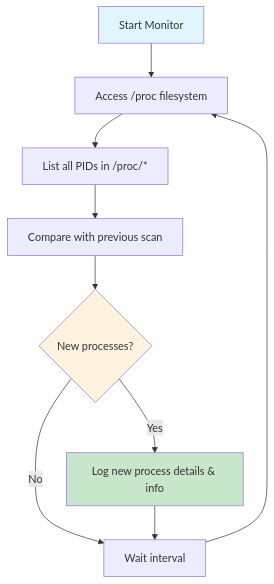
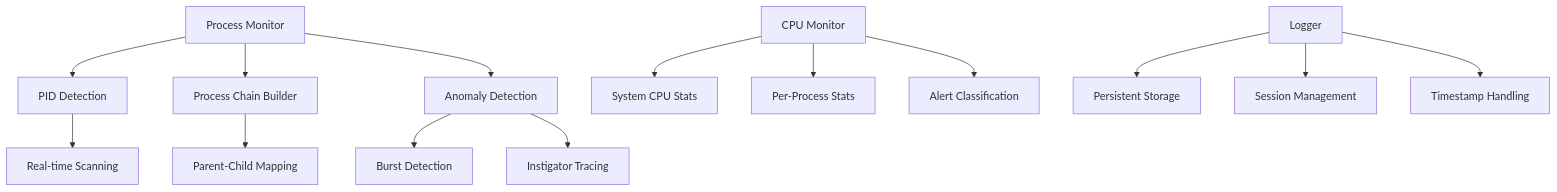
One commit to ChitviJoshi/NetSnoop changed the diagram in README.md. Above: the diagram before and after it, drawn with Mermaid. The commit also changed other lines of this file, not shown here.

````diff
--- a/README.md
+++ b/README.md
@@ -45,15 +255,19 @@
 ```mermaid
 graph TD
-    A[Start Monitor] --> B[Access /proc filesystem]
-    B --> C[List all PIDs in /proc/*]
-    C --> D[Compare with previous scan]
-    D --> E{New processes?}
-    E -->|Yes| F[Log new process details & info]
-    E -->|No| G[Wait interval]
-    F --> G
-    G --> B
+    A[Process Monitor] --> B[PID Detection]
+    A --> C[Process Chain Builder]
+    A --> D[Anomaly Detection]
     
-    style A fill:#e1f5fe
-    style F fill:#c8e6c9
-    style E fill:#fff3e0
+    B --> E[Real-time Scanning]
+    C --> F[Parent-Child Mapping]
+    D --> G[Burst Detection]
+    D --> H[Instigator Tracing]
+    
+    I[CPU Monitor] --> J[System CPU Stats]
+    I --> K[Per-Process Stats]
+    I --> L[Alert Classification]
+    
+    M[Logger] --> N[Persistent Storage]
+    M --> O[Session Management]
+    M --> P[Timestamp Handling]
 ```
````
